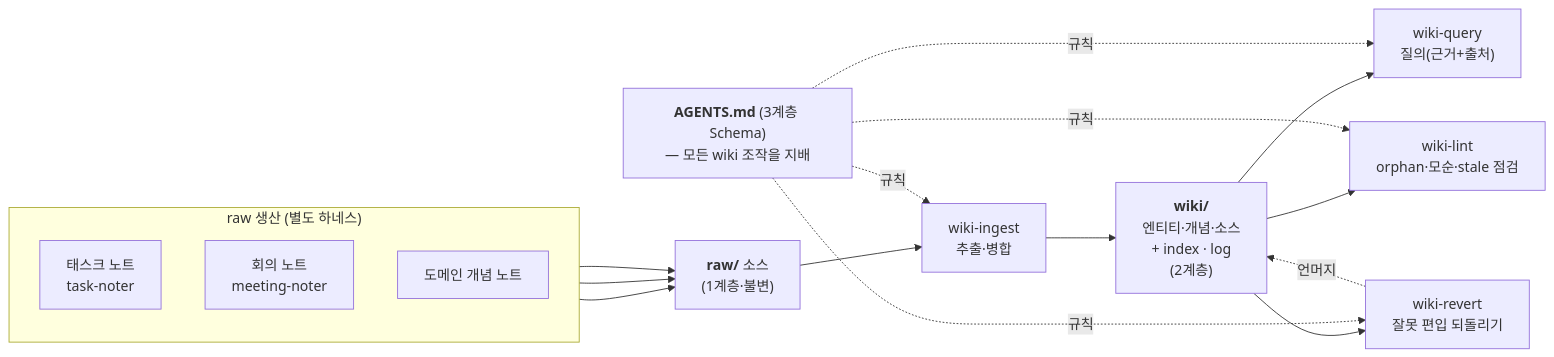
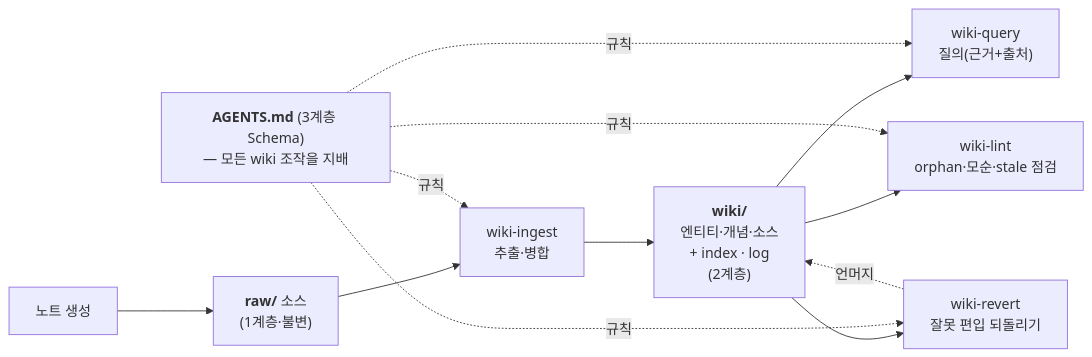
Before and after one commit to jsyang-dev/lucid-log: the diagram in src/content/blog/LLM-Wiki-하네스-구현.md, drawn with Mermaid.

Commit message:
post(web-publish): 1건 동기화

````diff
--- a/src/content/blog/LLM-Wiki-하네스-구현.md
+++ b/src/content/blog/LLM-Wiki-하네스-구현.md
@@ -91,31 +91,24 @@
 ```mermaid
 flowchart LR
-    subgraph FEED["raw 생산 (별도 하네스)"]
-        direction TB
-        T["태스크 노트<br/>task-noter"]
-        M["회의 노트<br/>meeting-noter"]
-        C["도메인 개념 노트"]
-    end
+    NOTE["노트 생성"]
 
     RAW["<b>raw/</b> 소스<br/>(1계층·불변)"]
     ING["wiki-ingest<br/>추출·병합"]
     WIKI["<b>wiki/</b><br/>엔티티·개념·소스<br/>+ index · log<br/>(2계층)"]
     Q["wiki-query<br/>질의(근거+출처)"]
     L["wiki-lint<br/>orphan·모순·stale 점검"]
     R["wiki-revert<br/>잘못 편입 되돌리기"]
 
-    T --> RAW
-    M --> RAW
-    C --> RAW
+    NOTE --> RAW
     RAW --> ING --> WIKI
     WIKI --> Q
     WIKI --> L
     WIKI --> R
     R -.언머지.-> WIKI
 
     AGENTS["<b>AGENTS.md</b> (3계층 Schema)<br/>— 모든 wiki 조작을 지배"]
     AGENTS -.규칙.-> ING
     AGENTS -.규칙.-> Q
     AGENTS -.규칙.-> L
     AGENTS -.규칙.-> R
 ```
````
